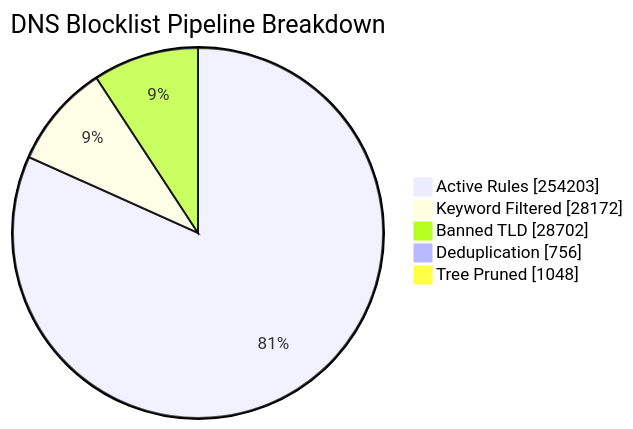
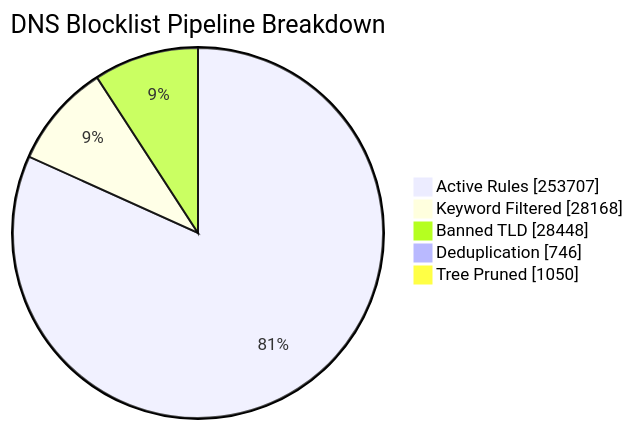
Before and after one commit to brojangles24/Cloudflare-ZeroTrust-AdBlock: the first of 6 diagrams in README_STATS.md, drawn with Mermaid. The commit also changed other lines of this file and 1 other file, not shown here.

````diff
--- a/README_STATS.md
+++ b/README_STATS.md
@@ -41,8 +41,8 @@
 ```mermaid
 pie showData title DNS Blocklist Pipeline Breakdown
-    "Active Rules"     : 254203
-    "Keyword Filtered" : 28172
-    "Banned TLD"       : 28702
-    "Deduplication"    : 756
-    "Tree Pruned"      : 1048
+    "Active Rules"     : 253707
+    "Keyword Filtered" : 28168
+    "Banned TLD"       : 28448
+    "Deduplication"    : 746
+    "Tree Pruned"      : 1050
 ```
````
